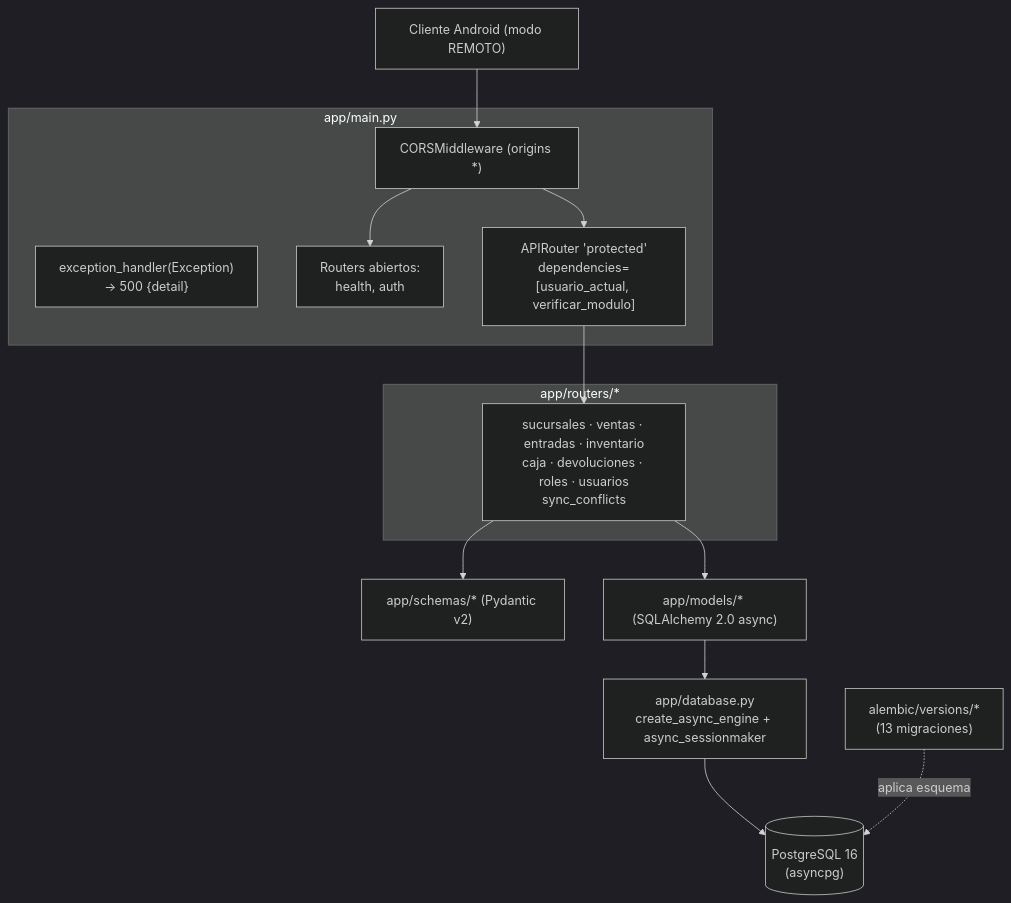
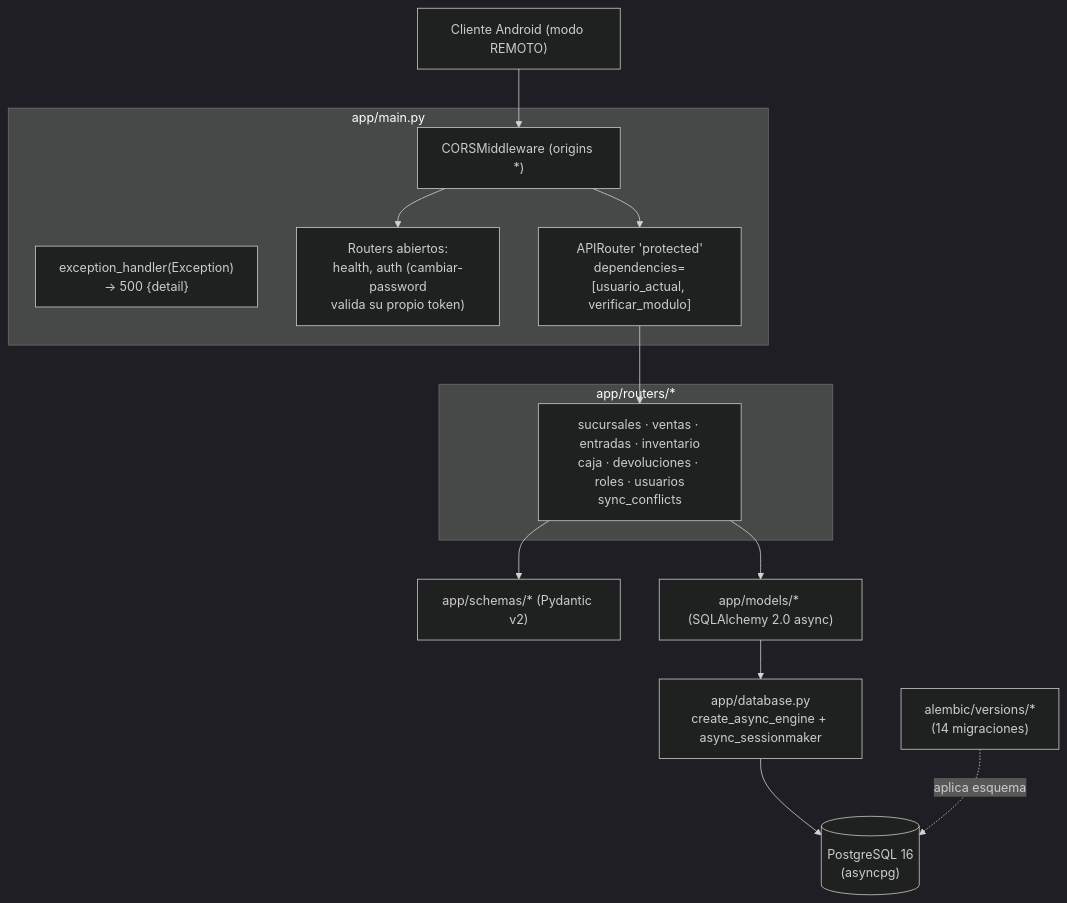
Before and after one commit to GermanALS/PDV: the fourth of 12 diagrams in docs/manual-tecnico.md, drawn with Mermaid (dark theme). The commit also changed other lines of this file and 3 other files, not shown here.

````diff
--- a/docs/manual-tecnico.md
+++ b/docs/manual-tecnico.md
@@ -262,24 +262,24 @@
 ```mermaid
 flowchart TD
     CLIENT["Cliente Android (modo REMOTO)"]
     subgraph APP["app/main.py"]
         CORS["CORSMiddleware (origins *)"]
         EXC["exception_handler(Exception)\n-> 500 {detail}"]
-        OPEN["Routers abiertos:\nhealth, auth"]
+        OPEN["Routers abiertos:\nhealth, auth (cambiar-password\nvalida su propio token)"]
         PROT["APIRouter 'protected'\ndependencies=[usuario_actual, verificar_modulo]"]
     end
     subgraph ROUTERS["app/routers/*"]
         R["sucursales · ventas · entradas · inventario\ncaja · devoluciones · roles · usuarios\nsync_conflicts"]
     end
     SCHEMAS["app/schemas/* (Pydantic v2)"]
     MODELS["app/models/* (SQLAlchemy 2.0 async)"]
     DBPY["app/database.py\ncreate_async_engine + async_sessionmaker"]
     PG[("PostgreSQL 16\n(asyncpg)")]
-    ALEMBIC["alembic/versions/*\n(13 migraciones)"]
+    ALEMBIC["alembic/versions/*\n(14 migraciones)"]
 
     CLIENT --> CORS --> OPEN
     CORS --> PROT --> R
     R --> SCHEMAS
     R --> MODELS --> DBPY --> PG
     ALEMBIC -. aplica esquema .-> PG
 ```
````
